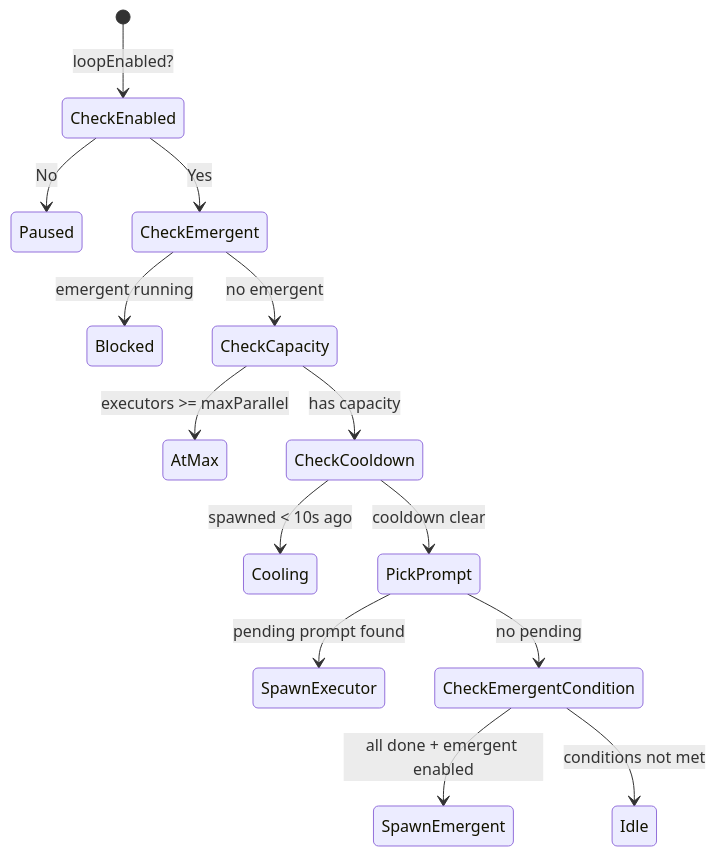
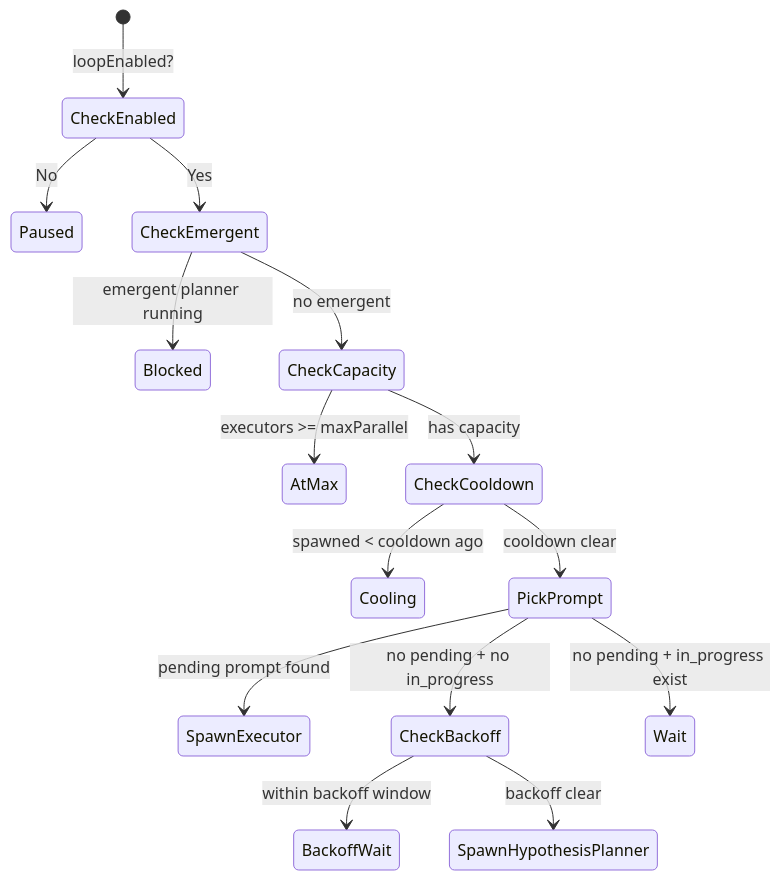
The second of 2 diagrams in docs/harness/event-loop.md (kalem-edlin/all-hands-cli), drawn with Mermaid before and after one commit. The commit also changed other lines of this file and 17 other files, not shown here.

````diff
--- a/docs/harness/event-loop.md
+++ b/docs/harness/event-loop.md
@@ -69,16 +71,17 @@
 ```mermaid
 stateDiagram-v2
     [*] --> CheckEnabled: loopEnabled?
     CheckEnabled --> Paused: No
     CheckEnabled --> CheckEmergent: Yes
-    CheckEmergent --> Blocked: emergent running
+    CheckEmergent --> Blocked: emergent planner running
     CheckEmergent --> CheckCapacity: no emergent
     CheckCapacity --> AtMax: executors >= maxParallel
     CheckCapacity --> CheckCooldown: has capacity
-    CheckCooldown --> Cooling: spawned < 10s ago
+    CheckCooldown --> Cooling: spawned < cooldown ago
     CheckCooldown --> PickPrompt: cooldown clear
     PickPrompt --> SpawnExecutor: pending prompt found
-    PickPrompt --> CheckEmergentCondition: no pending
-    CheckEmergentCondition --> SpawnEmergent: all done + emergent enabled
-    CheckEmergentCondition --> Idle: conditions not met
+    PickPrompt --> CheckBackoff: no pending + no in_progress
+    CheckBackoff --> BackoffWait: within backoff window
+    CheckBackoff --> SpawnHypothesisPlanner: backoff clear
+    PickPrompt --> Wait: no pending + in_progress exist
 ```
````
